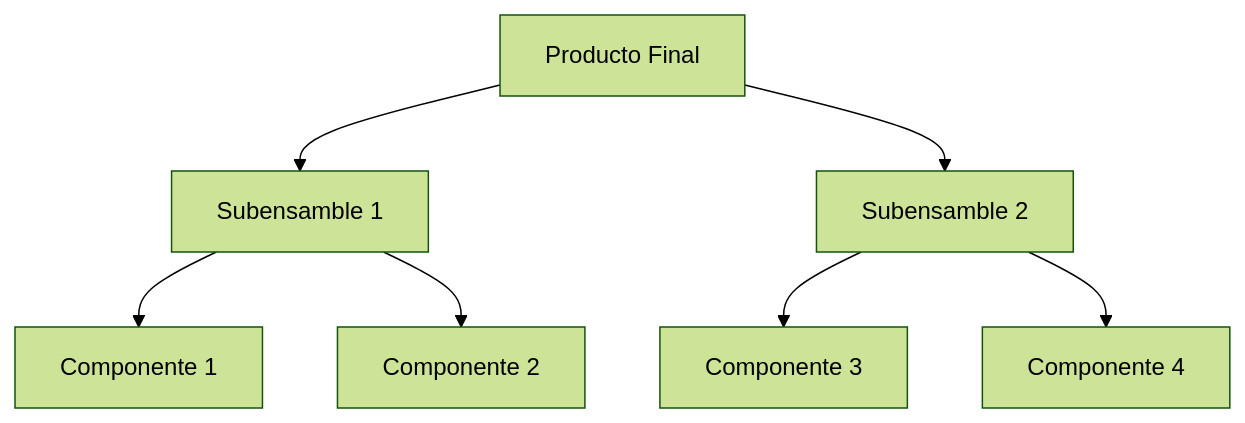
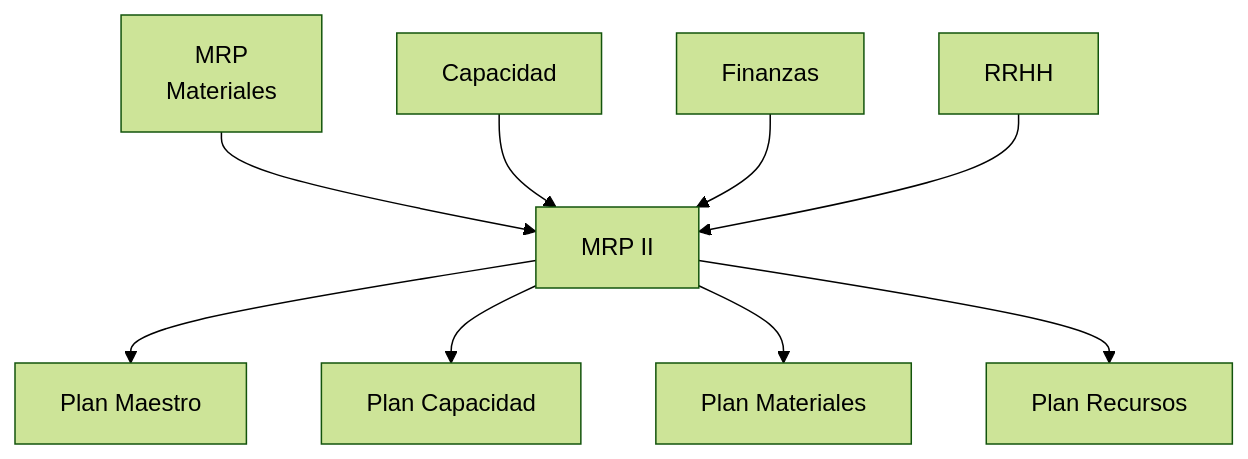
Before and after one commit to FCamaggi/gop-wiki: the fifth of 6 diagrams in public/content/clases/08-resumen-mrp-y-planificacion-2025.04.15.md, drawn with Mermaid (forest theme). The commit also changed other lines of this file and 36 other files, not shown here.

````diff
--- a/public/content/clases/08-resumen-mrp-y-planificacion-2025.04.15.md
+++ b/public/content/clases/08-resumen-mrp-y-planificacion-2025.04.15.md
@@ -35,9 +230,12 @@
 ```mermaid
 graph TD
-    A[Producto Final] --> B[Subensamble 1]
-    A --> C[Subensamble 2]
-    B --> D[Componente 1]
-    B --> E[Componente 2]
-    C --> F[Componente 3]
-    C --> G[Componente 4]
+    A[MRP<br>Materiales] --> B[MRP II]
+    C[Capacidad] --> B
+    D[Finanzas] --> B
+    E[RRHH] --> B
+
+    B --> F[Plan Maestro]
+    B --> G[Plan Capacidad]
+    B --> H[Plan Materiales]
+    B --> I[Plan Recursos]
 ```
````
